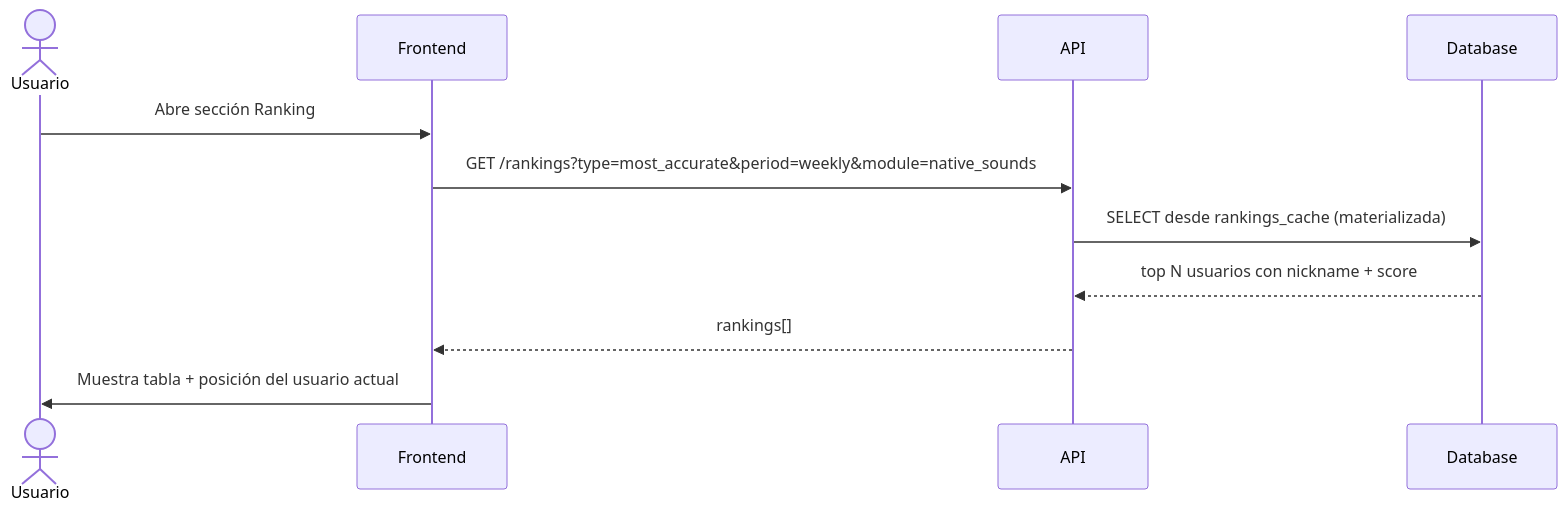
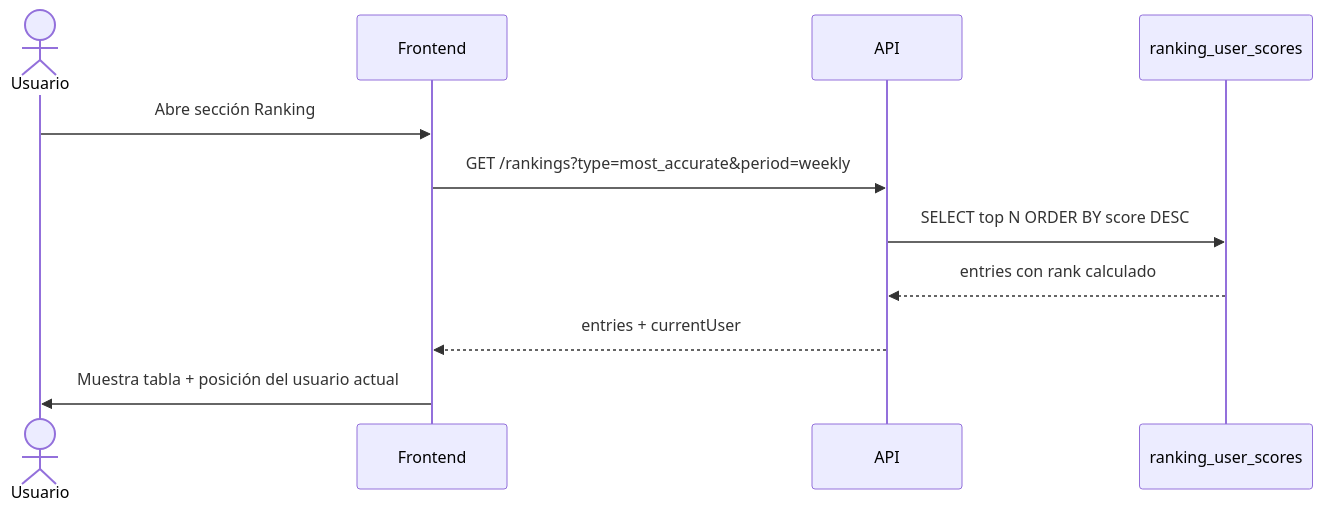
The first of 2 diagrams in docs/domain/ranking.md (AbrahamVilchesDeLaCruz/ididntcatchthat), drawn with Mermaid before and after one commit. The commit also changed other lines of this file and 43 other files, not shown here.

````diff
--- a/docs/domain/ranking.md
+++ b/docs/domain/ranking.md
@@ -64,14 +65,14 @@
 ```mermaid
 sequenceDiagram
     actor U as Usuario
     participant FE as Frontend
     participant API as API
-    participant DB as Database
+    participant DB as ranking_user_scores
 
     U->>FE: Abre sección Ranking
-    FE->>API: GET /rankings?type=most_accurate&period=weekly&module=native_sounds
-    API->>DB: SELECT desde rankings_cache (materializada)
-    DB-->>API: top N usuarios con nickname + score
-    API-->>FE: rankings[]
+    FE->>API: GET /rankings?type=most_accurate&period=weekly
+    API->>DB: SELECT top N ORDER BY score DESC
+    DB-->>API: entries con rank calculado
+    API-->>FE: entries + currentUser
     FE->>U: Muestra tabla + posición del usuario actual
 ```
````
